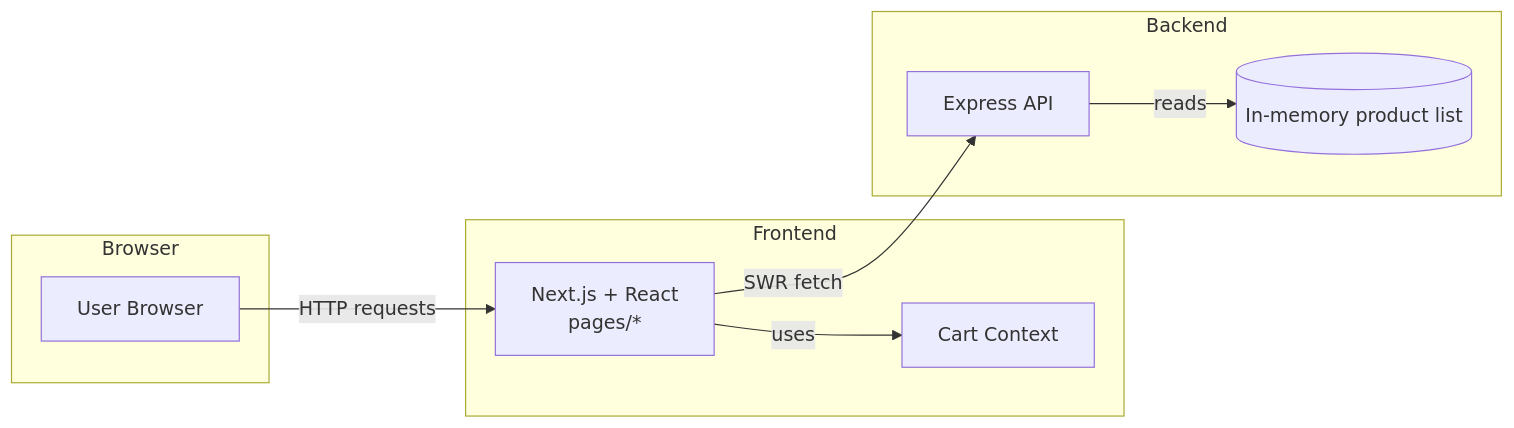
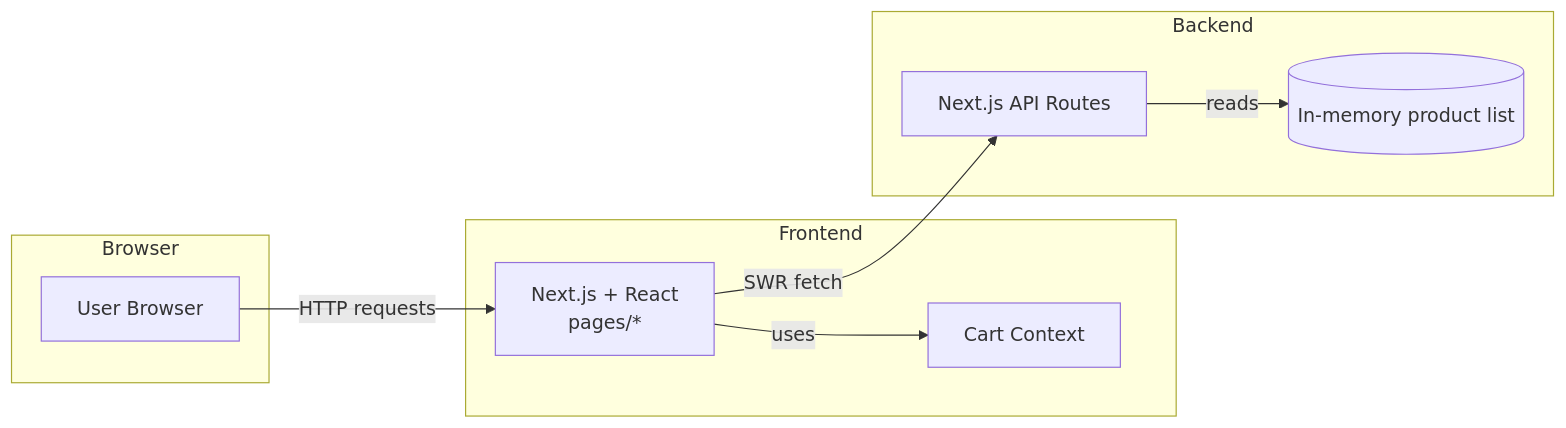
One commit to dasaep/agentic-ai-commerce changed the first of 2 diagrams in docs/architecture.md. Above: the diagram before and after it, drawn with Mermaid. The commit also changed other lines of this file and 1 other file, not shown here.

Commit message:
docs: update diagrams for nextjs api routes

````diff
--- a/docs/architecture.md
+++ b/docs/architecture.md
@@ -7,21 +7,21 @@
 ```mermaid
 graph LR
     subgraph Browser
         B[User Browser]
     end
 
     subgraph Frontend
         FE[Next.js + React<br/>pages/*]
         Cart[Cart Context]
         FE -- uses --> Cart
     end
 
     subgraph Backend
-        API[Express API]
+        API[Next.js API Routes]
         Data[(In-memory product list)]
         API -- reads --> Data
     end
 
     B -- HTTP requests --> FE
     FE -- SWR fetch --> API
 ```
````
